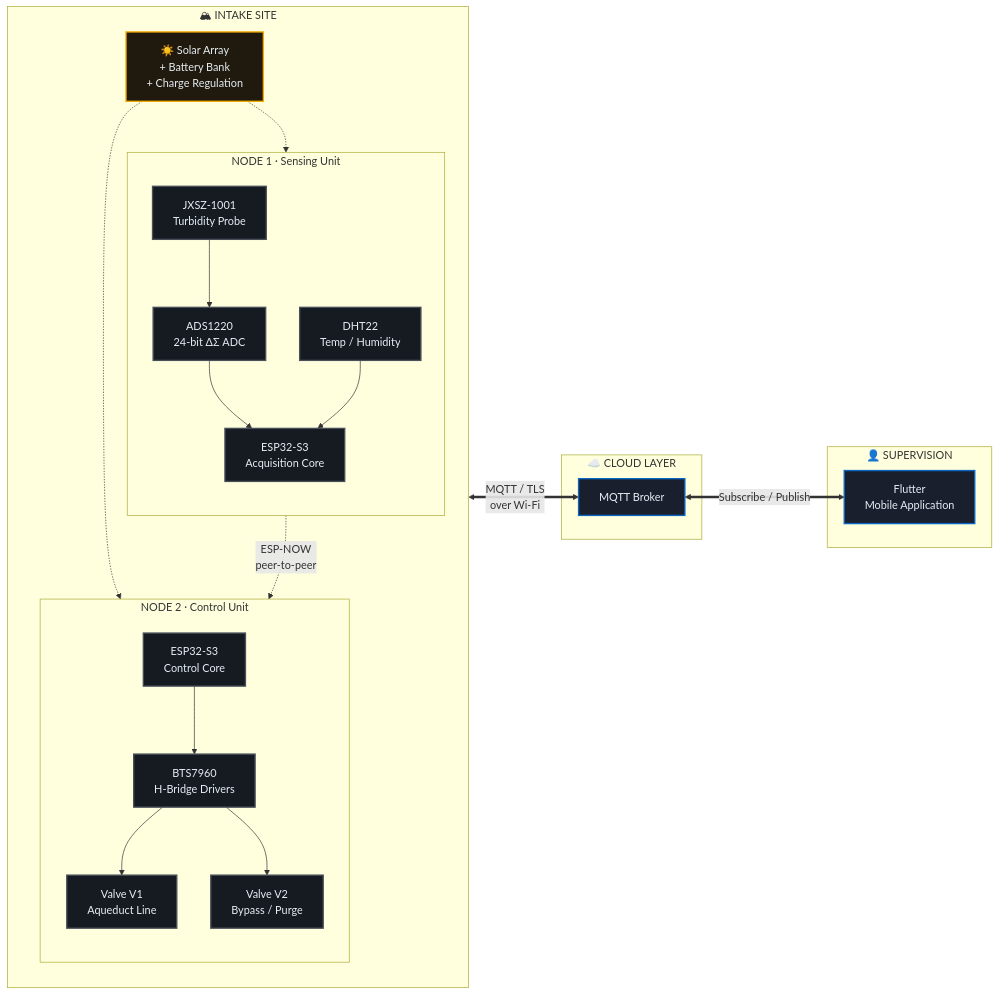
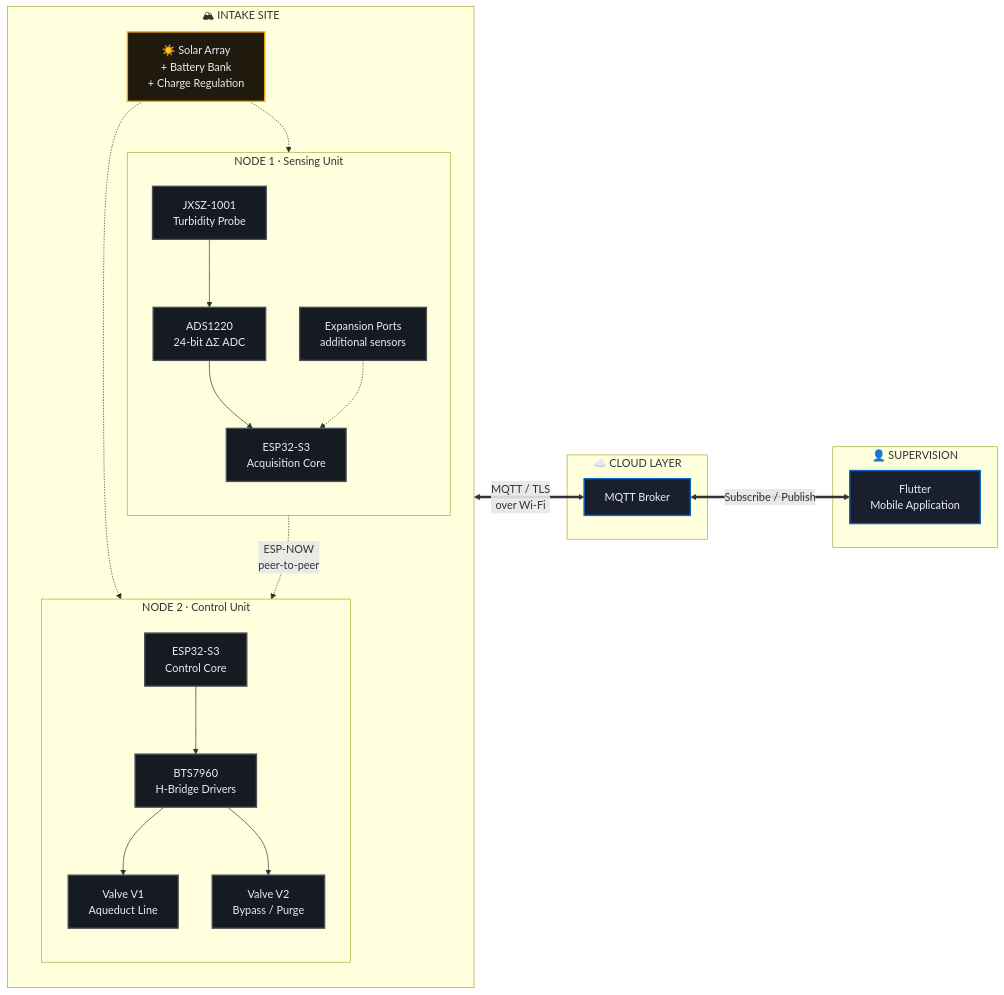
The first of 3 diagrams in README.md (SS-VI/CONCAP), drawn with Mermaid before and after one commit. The commit also changed other lines of this file, not shown here.

Commit message:
docs: replace fixed temp/humidity sensing with expandable sensor architecture

````diff
--- a/README.md
+++ b/README.md
@@ -113,52 +113,52 @@
 ```mermaid
 flowchart LR
     subgraph FIELD["🏔 INTAKE SITE"]
         direction TB
 
         subgraph N1["NODE 1 · Sensing Unit"]
             direction TB
             TS["JXSZ-1001<br/>Turbidity Probe"]
             ADC["ADS1220<br/>24-bit ΔΣ ADC"]
-            DHT["DHT22<br/>Temp / Humidity"]
+            EXP["Expansion Ports<br/>additional sensors"]
             MCU1["ESP32-S3<br/>Acquisition Core"]
             TS --> ADC --> MCU1
-            DHT --> MCU1
+            EXP -.-> MCU1
         end
 
         subgraph N2["NODE 2 · Control Unit"]
             direction TB
             MCU2["ESP32-S3<br/>Control Core"]
             DRV["BTS7960<br/>H-Bridge Drivers"]
             V1["Valve V1<br/>Aqueduct Line"]
             V2["Valve V2<br/>Bypass / Purge"]
             MCU2 --> DRV
             DRV --> V1
             DRV --> V2
         end
 
         PWR["☀️ Solar Array<br/>+ Battery Bank<br/>+ Charge Regulation"]
     end
 
     subgraph CLOUD["☁️ CLOUD LAYER"]
         BROKER["MQTT Broker"]
     end
 
     subgraph USER["👤 SUPERVISION"]
         APP["Flutter<br/>Mobile Application"]
     end
 
     MCU1 -. "ESP-NOW<br/>peer-to-peer" .-> MCU2
     MCU2 <== "MQTT / TLS<br/>over Wi-Fi" ==> BROKER
     BROKER <== "Subscribe / Publish" ==> APP
     PWR -.-> N1
     PWR -.-> N2
 
     classDef node fill:#0d1117,stroke:#30363d,stroke-width:2px,color:#e6edf3
     classDef hw fill:#161b22,stroke:#484f58,color:#e6edf3
     classDef cloud fill:#1a1f2e,stroke:#0A66C2,stroke-width:2px,color:#e6edf3
     classDef power fill:#1f1a0d,stroke:#F2A900,stroke-width:2px,color:#e6edf3
 
-    class TS,ADC,DHT,MCU1,MCU2,DRV,V1,V2 hw
+    class TS,ADC,EXP,MCU1,MCU2,DRV,V1,V2 hw
     class BROKER,APP cloud
     class PWR power
 ```
````
